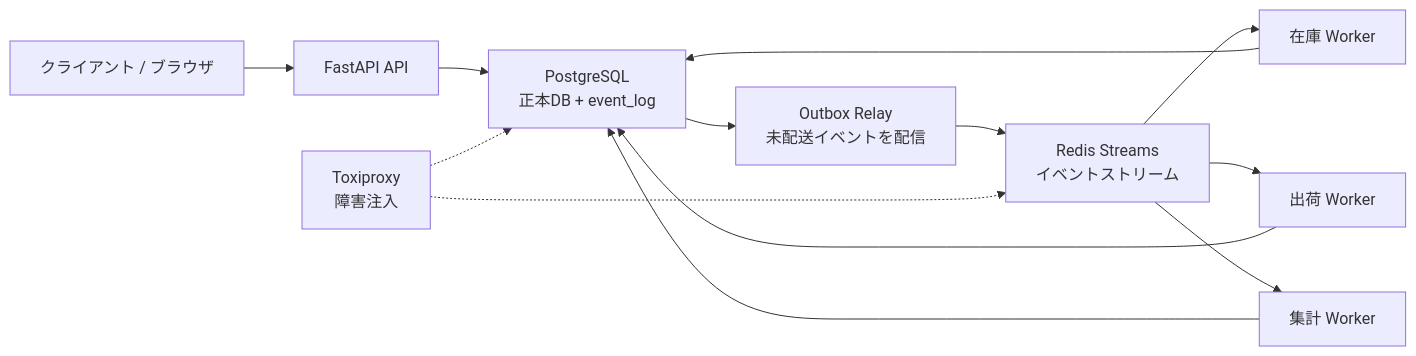
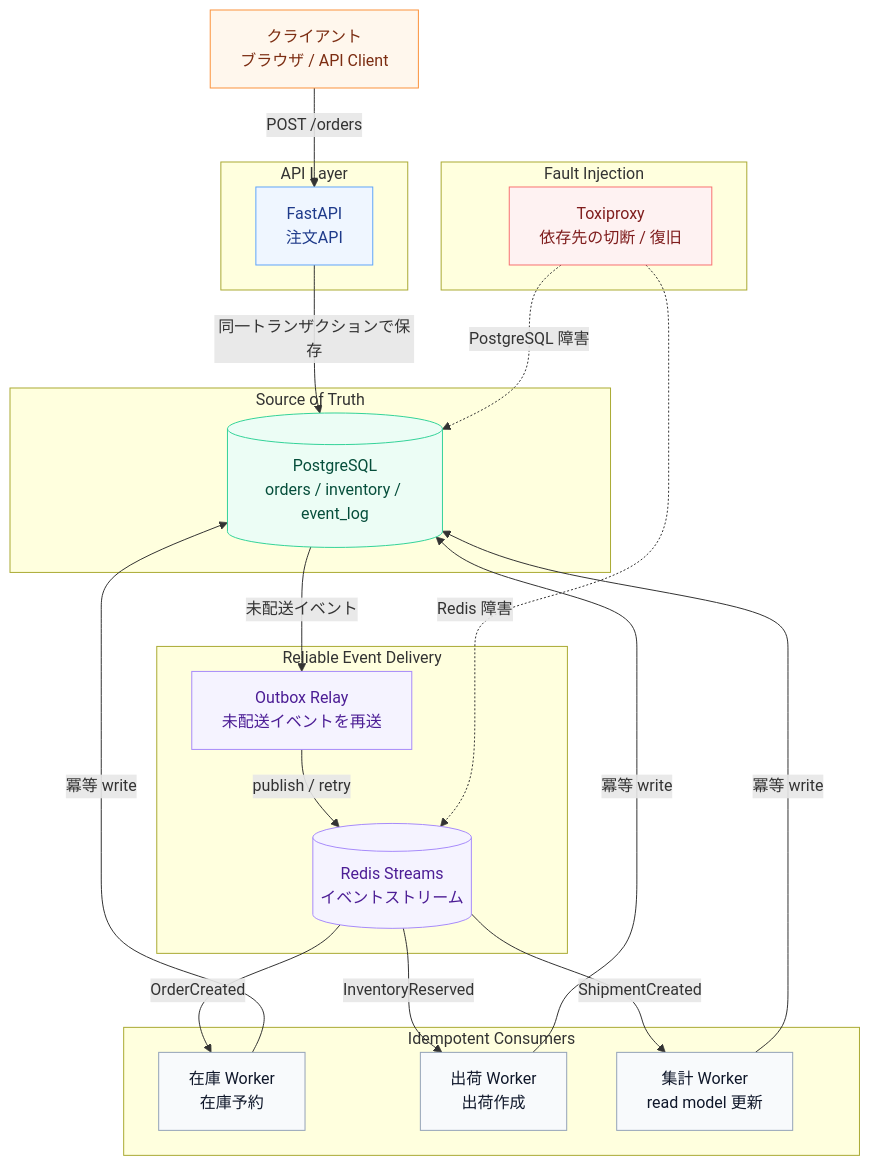
The diagram in README.md (murakami9916/event-driven-mini-ec), drawn with Mermaid before and after one commit.

Commit message:
マーメードを見やすく

````diff
--- a/README.md
+++ b/README.md
@@ -10,20 +10,54 @@
 ```mermaid
-flowchart LR
-    Client["クライアント / ブラウザ"] --> API["FastAPI API"]
+flowchart TB
+    Client["クライアント<br/>ブラウザ / API Client"]
 
-    API --> PG["PostgreSQL<br/>正本DB + event_log"]
+    subgraph ApiLayer["API Layer"]
+        API["FastAPI<br/>注文API"]
+    end
 
-    PG --> Relay["Outbox Relay<br/>未配送イベントを配信"]
-    Relay --> Redis["Redis Streams<br/>イベントストリーム"]
+    subgraph SourceOfTruth["Source of Truth"]
+        PG[(PostgreSQL<br/>orders / inventory / event_log)]
+    end
 
-    Redis --> Inventory["在庫 Worker"]
-    Redis --> Shipping["出荷 Worker"]
-    Redis --> Projection["集計 Worker"]
+    subgraph EventDelivery["Reliable Event Delivery"]
+        Relay["Outbox Relay<br/>未配送イベントを再送"]
+        Redis[(Redis Streams<br/>イベントストリーム)]
+    end
 
-    Inventory --> PG
-    Shipping --> PG
-    Projection --> PG
+    subgraph Consumers["Idempotent Consumers"]
+        Inventory["在庫 Worker<br/>在庫予約"]
+        Shipping["出荷 Worker<br/>出荷作成"]
+        Projection["集計 Worker<br/>read model 更新"]
+    end
 
-    Toxi["Toxiproxy<br/>障害注入"] -.-> PG
-    Toxi -.-> Redis
+    subgraph FaultInjection["Fault Injection"]
+        Toxi["Toxiproxy<br/>依存先の切断 / 復旧"]
+    end
+
+    Client -->|"POST /orders"| API
+    API -->|"同一トランザクションで保存"| PG
+    PG -->|"未配送イベント"| Relay
+    Relay -->|"publish / retry"| Redis
+    Redis -->|"OrderCreated"| Inventory
+    Redis -->|"InventoryReserved"| Shipping
+    Redis -->|"ShipmentCreated"| Projection
+    Inventory -->|"冪等 write"| PG
+    Shipping -->|"冪等 write"| PG
+    Projection -->|"冪等 write"| PG
+    Toxi -.->|"PostgreSQL 障害"| PG
+    Toxi -.->|"Redis 障害"| Redis
+
+    class Client actor
+    class API api
+    class PG store
+    class Relay,Redis delivery
+    class Inventory,Shipping,Projection worker
+    class Toxi fault
+
+    classDef actor fill:#fff7ed,stroke:#fb923c,stroke-width:1px,color:#7c2d12;
+    classDef api fill:#eff6ff,stroke:#60a5fa,stroke-width:1px,color:#1e3a8a;
+    classDef store fill:#ecfdf5,stroke:#34d399,stroke-width:1px,color:#064e3b;
+    classDef delivery fill:#f5f3ff,stroke:#a78bfa,stroke-width:1px,color:#4c1d95;
+    classDef worker fill:#f8fafc,stroke:#94a3b8,stroke-width:1px,color:#0f172a;
+    classDef fault fill:#fef2f2,stroke:#f87171,stroke-width:1px,color:#7f1d1d;
 ```
````
